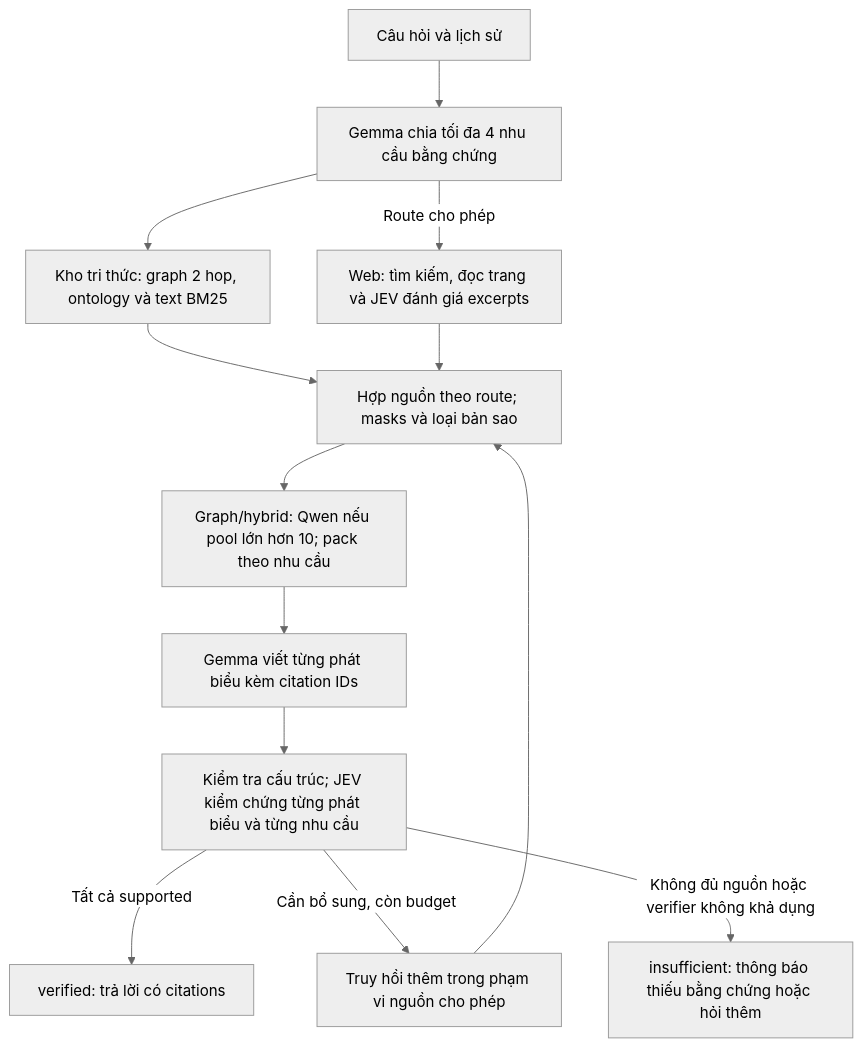
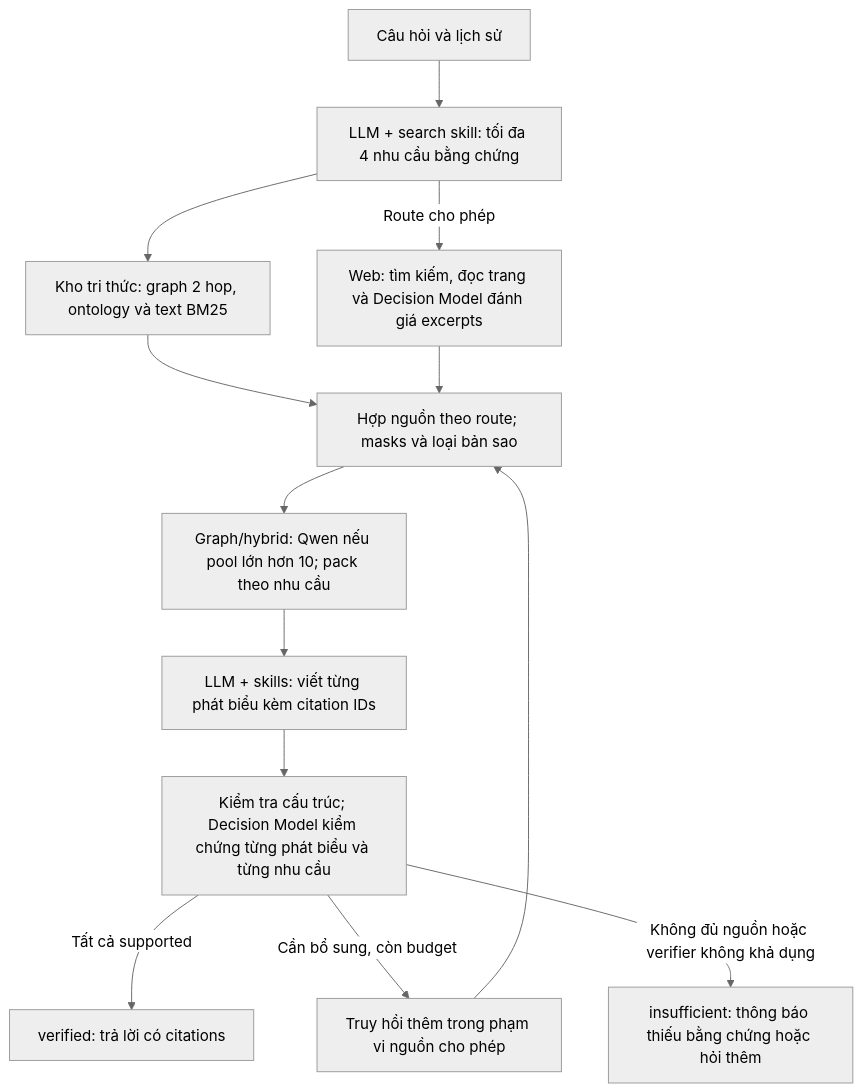
The second of 2 diagrams in README.md (Bintaplaptrinh/Vietnamese-Traditional-Medicine-Chatbot), drawn with Mermaid (neutral theme) before and after one commit. The commit also changed other lines of this file, not shown here.

````diff
--- a/README.md
+++ b/README.md
@@ -88,15 +88,15 @@
 ```mermaid
 flowchart TD
-    ASK["Câu hỏi và lịch sử"] --> PLAN["Gemma chia tối đa 4 nhu cầu bằng chứng"]
+    ASK["Câu hỏi và lịch sử"] --> PLAN["LLM + search skill: tối đa 4 nhu cầu bằng chứng"]
     PLAN --> LOCAL["Kho tri thức: graph 2 hop, ontology và text BM25"]
-    PLAN -->|Route cho phép| WEB["Web: tìm kiếm, đọc trang và JEV đánh giá excerpts"]
+    PLAN -->|Route cho phép| WEB["Web: tìm kiếm, đọc trang và Decision Model đánh giá excerpts"]
     LOCAL --> POOL["Hợp nguồn theo route; masks và loại bản sao"]
     WEB --> POOL
     POOL --> RANK["Graph/hybrid: Qwen nếu pool lớn hơn 10; pack theo nhu cầu"]
-    RANK --> DRAFT["Gemma viết từng phát biểu kèm citation IDs"]
-    DRAFT --> VERIFY["Kiểm tra cấu trúc; JEV kiểm chứng từng phát biểu và từng nhu cầu"]
+    RANK --> DRAFT["LLM + skills: viết từng phát biểu kèm citation IDs"]
+    DRAFT --> VERIFY["Kiểm tra cấu trúc; Decision Model kiểm chứng từng phát biểu và từng nhu cầu"]
     VERIFY -->|Tất cả supported| ANSWER["verified: trả lời có citations"]
     VERIFY -->|Cần bổ sung, còn budget| RETRY["Truy hồi thêm trong phạm vi nguồn cho phép"]
     RETRY --> POOL
     VERIFY -->|Không đủ nguồn hoặc verifier không khả dụng| MISSING["insufficient: thông báo thiếu bằng chứng hoặc hỏi thêm"]
 ```
````
